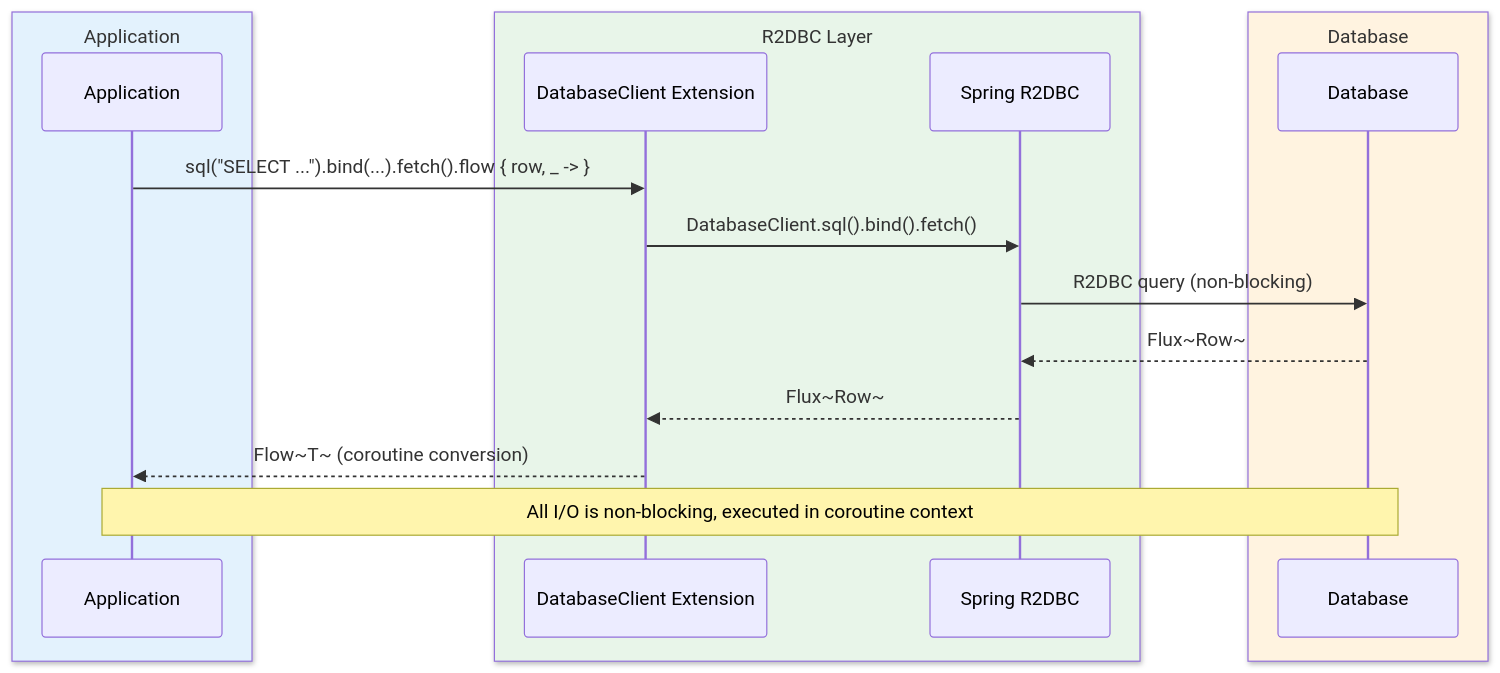
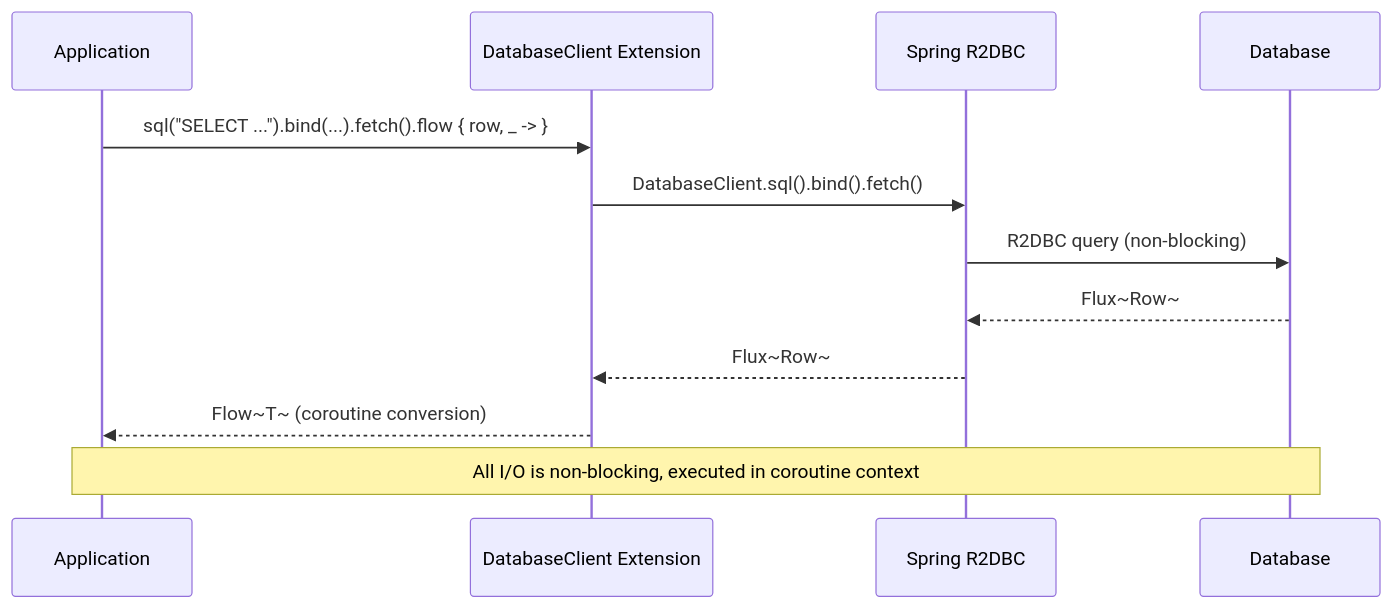
One commit to bluetape4k/bluetape4k-projects changed the third of 4 diagrams in data/r2dbc/README.md. Above: the diagram before and after it, drawn with Mermaid. The commit also changed other lines of this file and 219 other files, not shown here.

First line of the commit message:
docs: 전체 README Mermaid 다이어그램 가이드 적용

````diff
--- a/data/r2dbc/README.md
+++ b/data/r2dbc/README.md
@@ -362,22 +362,16 @@
 ```mermaid
 sequenceDiagram
-    box rgb(227, 242, 253) Application
         participant App as Application
-    end
-    box rgb(232, 245, 233) R2DBC Layer
         participant R2DBC as DatabaseClient Extension
         participant Spring as Spring R2DBC
-    end
-    box rgb(255, 243, 224) Database
         participant DB as Database
-    end
 
     App->>R2DBC: sql("SELECT ...").bind(...).fetch().flow { row, _ -> }
     R2DBC->>Spring: DatabaseClient.sql().bind().fetch()
     Spring->>DB: R2DBC query (non-blocking)
     DB-->>Spring: Flux~Row~
     Spring-->>R2DBC: Flux~Row~
     R2DBC-->>App: Flow~T~ (coroutine conversion)
 
     Note over App,DB: All I/O is non-blocking, executed in coroutine context
 ```
````
